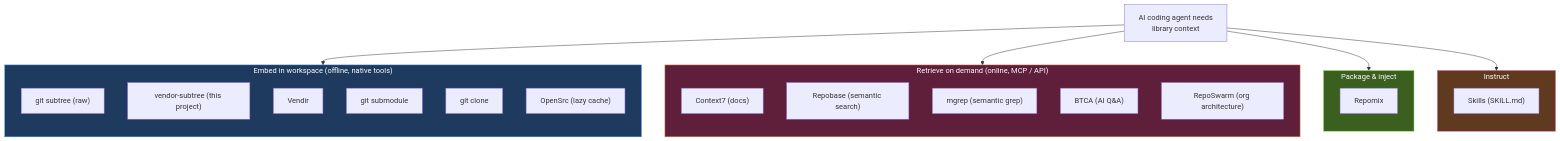
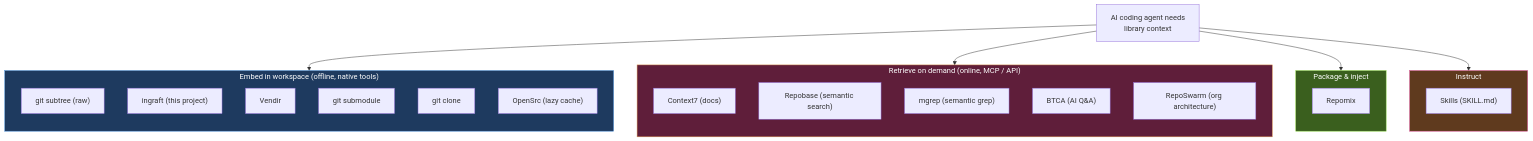
The first of 14 diagrams in docs/comparison.mdx (gunta/ingraft), drawn with Mermaid before and after one commit. The commit also changed other lines of this file and 225 other files, not shown here.

First line of the commit message:
Refactor project to rename and transition from vendor-subtree to ingraft

````diff
--- a/docs/comparison.mdx
+++ b/docs/comparison.mdx
@@ -18,43 +18,43 @@
 ```mermaid
 flowchart TB
   Q["AI coding agent needs<br/>library context"]
 
   subgraph Embed["Embed in workspace (offline, native tools)"]
     direction TB
     E1["git subtree (raw)"]
-    E2["vendor-subtree (this project)"]
+    E2["ingraft (this project)"]
     E3["Vendir"]
     E4["git submodule"]
     E5["git clone"]
     E6["OpenSrc (lazy cache)"]
   end
 
   subgraph Retrieve["Retrieve on demand (online, MCP / API)"]
     direction TB
     R1["Context7 (docs)"]
     R2["Repobase (semantic search)"]
     R3["mgrep (semantic grep)"]
     R4["BTCA (AI Q&A)"]
     R5["RepoSwarm (org architecture)"]
   end
 
   subgraph Package["Package & inject"]
     direction TB
     P1["Repomix"]
   end
 
   subgraph Instruct["Instruct"]
     direction TB
     I1["Skills (SKILL.md)"]
   end
 
   Q --> Embed
   Q --> Retrieve
   Q --> Package
   Q --> Instruct
 
   style Embed fill:#1e3a5f,stroke:#4a90d9,color:#fff
   style Retrieve fill:#5f1e3a,stroke:#d9904a,color:#fff
   style Package fill:#3a5f1e,stroke:#90d94a,color:#fff
   style Instruct fill:#5f3a1e,stroke:#d94a90,color:#fff
 ```
````
